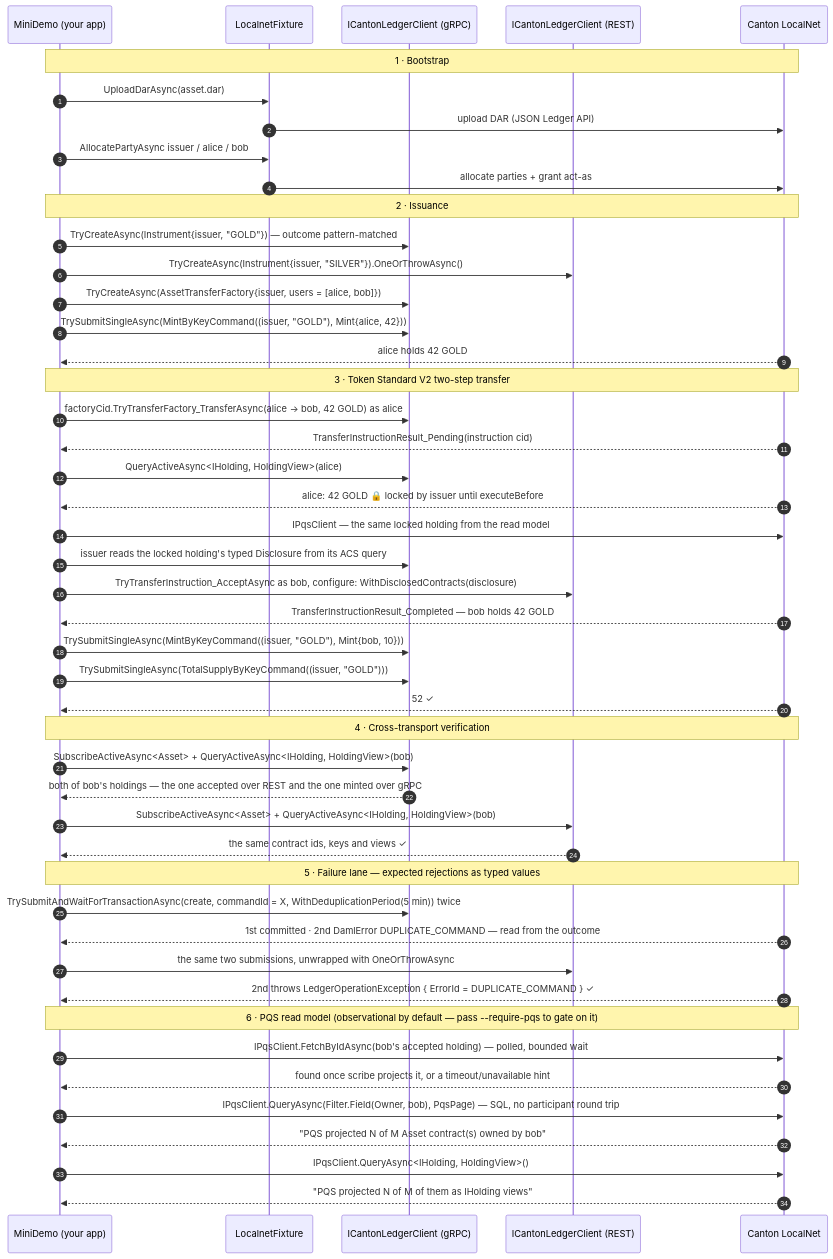
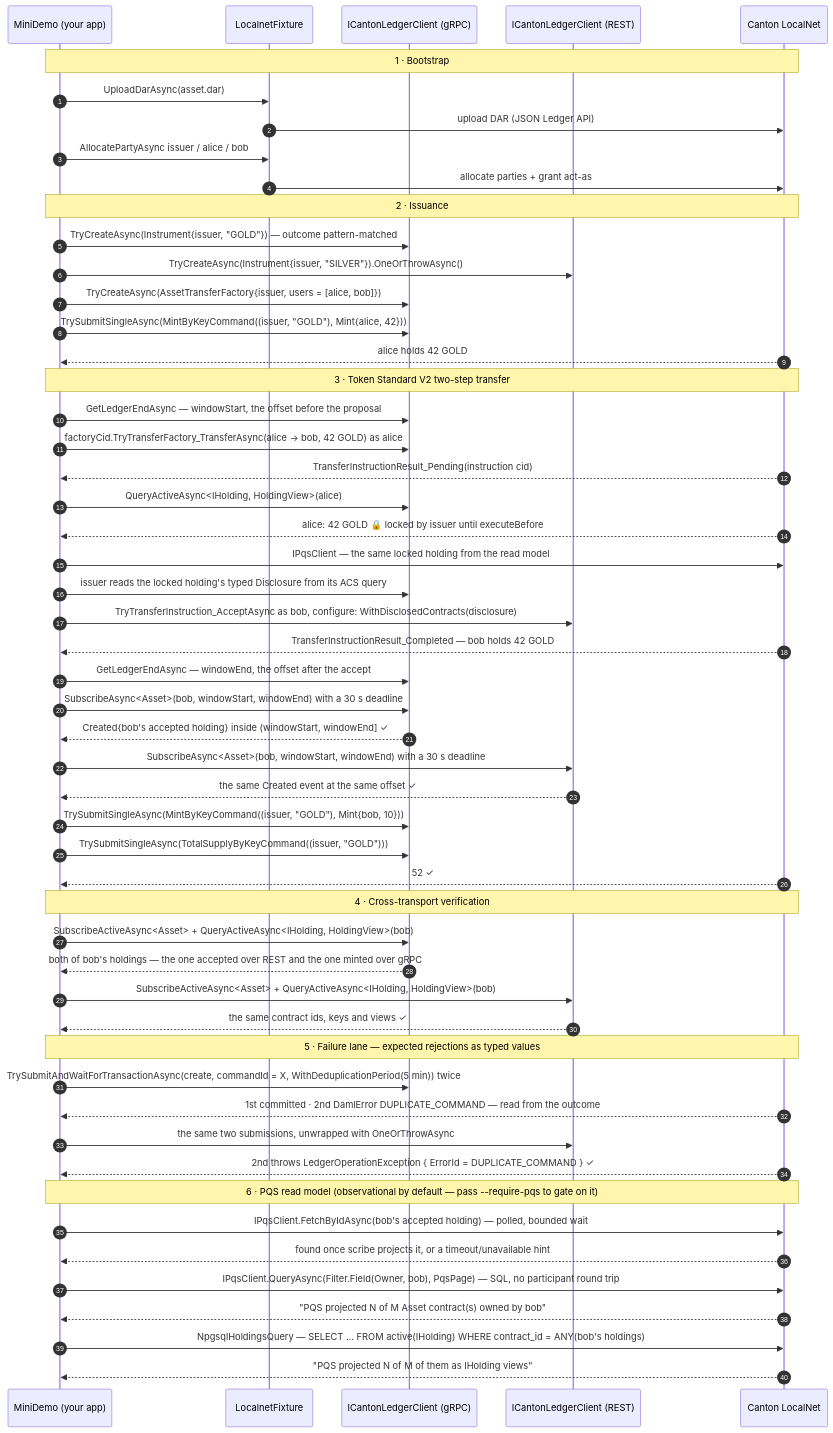
Before and after one commit to peacefulstudio/canton-dotnet-sdk-mini-demo: the third of 3 diagrams in README.md, drawn with Mermaid. The commit also changed other lines of this file and 11 other files, not shown here.

````diff
--- a/README.md
+++ b/README.md
@@ -174,55 +175,61 @@
 ```mermaid
 sequenceDiagram
     autonumber
     participant App as MiniDemo (your app)
     participant Fx as LocalnetFixture
     participant G as ICantonLedgerClient (gRPC)
     participant R as ICantonLedgerClient (REST)
     participant Net as Canton LocalNet
 
     Note over App,Net: 1 · Bootstrap
     App->>Fx: UploadDarAsync(asset.dar)
     Fx->>Net: upload DAR (JSON Ledger API)
     App->>Fx: AllocatePartyAsync issuer / alice / bob
     Fx->>Net: allocate parties + grant act-as
 
     Note over App,Net: 2 · Issuance
     App->>G: TryCreateAsync(Instrument{issuer, "GOLD"}) — outcome pattern-matched
     App->>R: TryCreateAsync(Instrument{issuer, "SILVER"}).OneOrThrowAsync()
     App->>G: TryCreateAsync(AssetTransferFactory{issuer, users = [alice, bob]})
     App->>G: TrySubmitSingleAsync(MintByKeyCommand((issuer, "GOLD"), Mint{alice, 42}))
     Net-->>App: alice holds 42 GOLD
 
     Note over App,Net: 3 · Token Standard V2 two-step transfer
+    App->>G: GetLedgerEndAsync — windowStart, the offset before the proposal
     App->>G: factoryCid.TryTransferFactory_TransferAsync(alice → bob, 42 GOLD) as alice
     Net-->>App: TransferInstructionResult_Pending(instruction cid)
     App->>G: QueryActiveAsync<IHolding, HoldingView>(alice)
     Net-->>App: alice: 42 GOLD 🔒 locked by issuer until executeBefore
     App->>Net: IPqsClient — the same locked holding from the read model
     App->>G: issuer reads the locked holding's typed Disclosure from its ACS query
     App->>R: TryTransferInstruction_AcceptAsync as bob, configure: WithDisclosedContracts(disclosure)
     Net-->>App: TransferInstructionResult_Completed — bob holds 42 GOLD
+    App->>G: GetLedgerEndAsync — windowEnd, the offset after the accept
+    App->>G: SubscribeAsync<Asset>(bob, windowStart, windowEnd) with a 30 s deadline
+    G-->>App: Created{bob's accepted holding} inside (windowStart, windowEnd] ✓
+    App->>R: SubscribeAsync<Asset>(bob, windowStart, windowEnd) with a 30 s deadline
+    R-->>App: the same Created event at the same offset ✓
     App->>G: TrySubmitSingleAsync(MintByKeyCommand((issuer, "GOLD"), Mint{bob, 10}))
     App->>G: TrySubmitSingleAsync(TotalSupplyByKeyCommand((issuer, "GOLD")))
     Net-->>App: 52 ✓
 
     Note over App,Net: 4 · Cross-transport verification
     App->>G: SubscribeActiveAsync<Asset> + QueryActiveAsync<IHolding, HoldingView>(bob)
     G-->>App: both of bob's holdings — the one accepted over REST and the one minted over gRPC
     App->>R: SubscribeActiveAsync<Asset> + QueryActiveAsync<IHolding, HoldingView>(bob)
     R-->>App: the same contract ids, keys and views ✓
 
     Note over App,Net: 5 · Failure lane — expected rejections as typed values
     App->>G: TrySubmitAndWaitForTransactionAsync(create, commandId = X, WithDeduplicationPeriod(5 min)) twice
     Net-->>App: 1st committed · 2nd DamlError DUPLICATE_COMMAND — read from the outcome
     App->>R: the same two submissions, unwrapped with OneOrThrowAsync
     Net-->>App: 2nd throws LedgerOperationException { ErrorId = DUPLICATE_COMMAND } ✓
 
     Note over App,Net: 6 · PQS read model (observational by default — pass --require-pqs to gate on it)
     App->>Net: IPqsClient.FetchByIdAsync(bob's accepted holding) — polled, bounded wait
     Net-->>App: found once scribe projects it, or a timeout/unavailable hint
     App->>Net: IPqsClient.QueryAsync(Filter.Field(Owner, bob), PqsPage) — SQL, no participant round trip
     Net-->>App: "PQS projected N of M Asset contract(s) owned by bob"
-    App->>Net: IPqsClient.QueryAsync<IHolding, HoldingView>()
+    App->>Net: NpgsqlHoldingsQuery — SELECT … FROM active(IHolding) WHERE contract_id = ANY(bob's holdings)
     Net-->>App: "PQS projected N of M of them as IHolding views"
 ```
````
